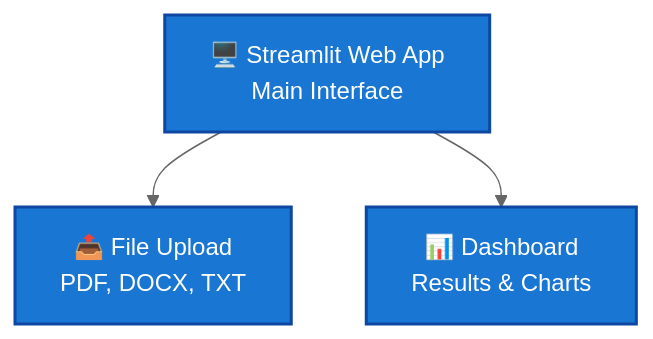
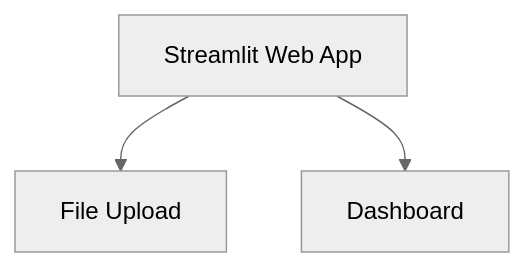
Before and after one commit to Pooja-Vishnoi/GenAI_Hackathon: the second of 9 diagrams in README.md, drawn with Mermaid (neutral theme). The commit also changed other lines of this file, not shown here.

Commit message:
GitHub-Compatible Mermaid Fixes

````diff
--- a/README.md
+++ b/README.md
@@ -66,13 +61,9 @@
 ```mermaid
 graph TB
-    UI[🖥️ Streamlit Web App<br/>Main Interface]
-    UP[📤 File Upload<br/>PDF, DOCX, TXT]
-    DA[📊 Dashboard<br/>Results & Charts]
+    UI[Streamlit Web App]
+    UP[File Upload]
+    DA[Dashboard]
     
     UI --> UP
     UI --> DA
-    
-    style UI fill:#1976d2,color:#ffffff,stroke:#0d47a1,stroke-width:2px
-    style UP fill:#1976d2,color:#ffffff,stroke:#0d47a1,stroke-width:2px
-    style DA fill:#1976d2,color:#ffffff,stroke:#0d47a1,stroke-width:2px
 ```
````
